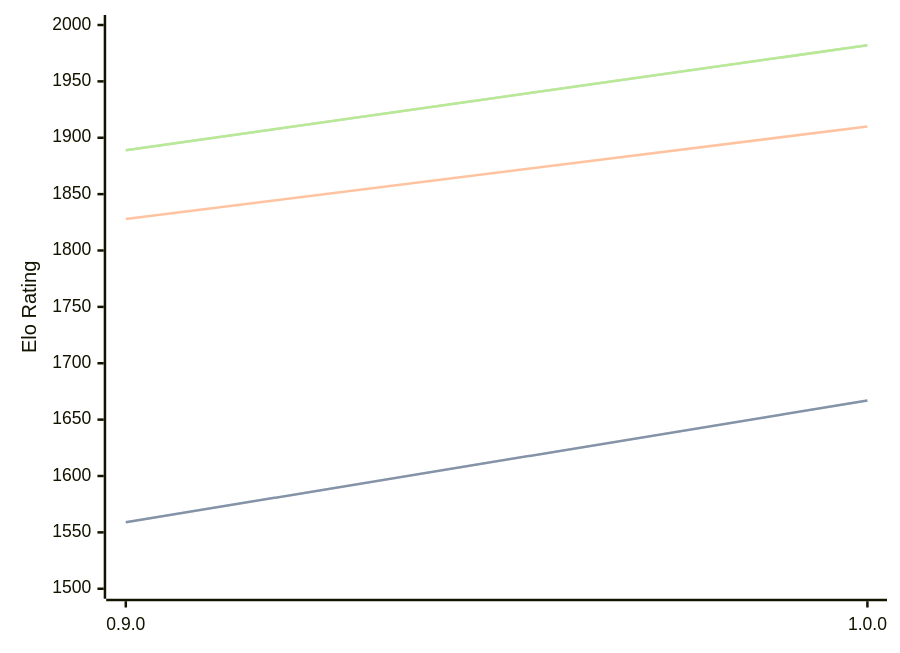
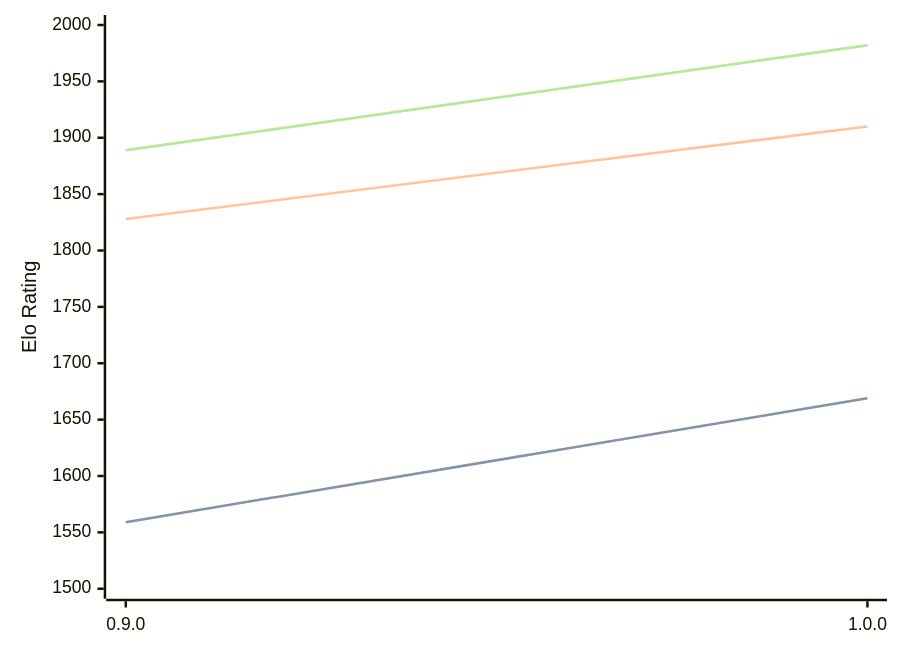
The diagram in engines/Ratsu.md (computer-chess-index/cci), drawn with Mermaid before and after one commit. The commit also changed other lines of this file, not shown here.

Commit message:
Update CCI Ratings (ELO VLTC) - 2026-04-19

````diff
--- a/engines/Ratsu.md
+++ b/engines/Ratsu.md
@@ -32,11 +32,11 @@
 ```mermaid
 %%{init: {"theme":"base","themeVariables":{"seriesColors:['#a3a3a3','#222221','#faa371']}}}%%
 xychart-beta
   x-axis ["0.9.0", "1.0.0"]
   y-axis "Elo Rating" 1500 --> 2000
-  line "STC (8.0+0.08s)" [1559, 1667]
-  line "STC (8.0+0.08s)" [1559, 1667]
+  line "STC (8.0+0.08s)" [1559, 1669]
+  line "STC (8.0+0.08s)" [1559, 1669]
   line "LTC (60.0+0.60s)" [1828, 1910]
   line "VLTC (2m24s+1.12s)" [1889, 1982]
   line "VLTC (2m24s+1.12s)" [1889, 1982]
 ```
````
